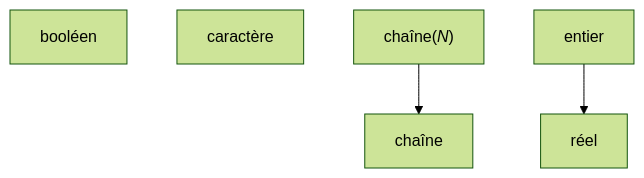
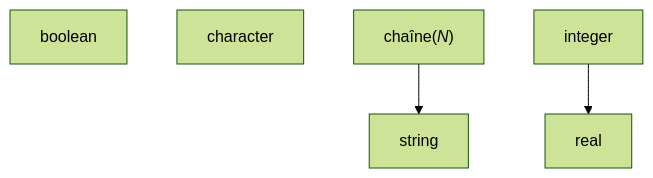
Before and after one commit to 5cover/psdc: the second of 2 diagrams in docs/Scratch.md, drawn with Mermaid (forest theme). The commit also changed other lines of this file and 81 other files, not shown here.

````diff
--- a/docs/Scratch.md
+++ b/docs/Scratch.md
@@ -452,7 +356,7 @@
 ```mermaid
 flowchart TD
-booléen
-caractère
-chaîneLenghted["chaîne(<i>N</i>)"] --> chaîne
-entier --> réel
+boolean
+character
+lengthedString["chaîne(<i>N</i>)"] --> string
+integer --> real
 ```
````
